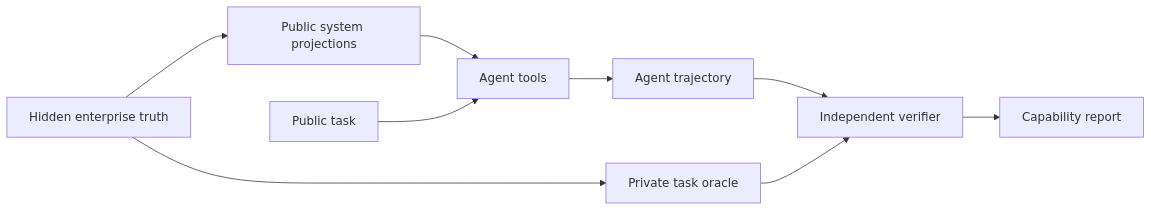
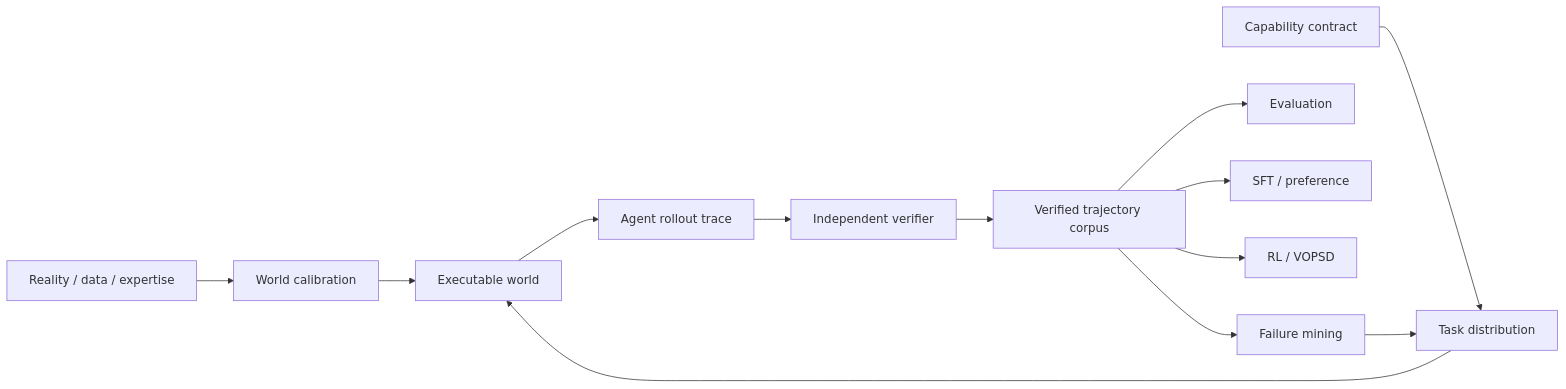
Before and after one commit to FPC-effortless/veritas: the diagram in README.md, drawn with Mermaid. The commit also changed other lines of this file, not shown here.

Commit message:
docs: restore Veritas capability-foundry product definition

````diff
--- a/README.md
+++ b/README.md
@@ -25,11 +27,15 @@
 ```mermaid
 flowchart LR
-  W[Hidden enterprise truth] --> P[Public system projections]
-  W --> O[Private task oracle]
-  P --> T[Agent tools]
-  Q[Public task] --> T
-  T --> A[Agent trajectory]
+  D[Reality / data / expertise] --> C[World calibration]
+  C --> W[Executable world]
+  K[Capability contract] --> T[Task distribution]
+  T --> W
+  W --> A[Agent rollout trace]
   A --> V[Independent verifier]
-  O --> V
-  V --> R[Capability report]
+  V --> X[Verified trajectory corpus]
+  X --> E[Evaluation]
+  X --> S[SFT / preference]
+  X --> R[RL / VOPSD]
+  X --> F[Failure mining]
+  F --> T
 ```
````
